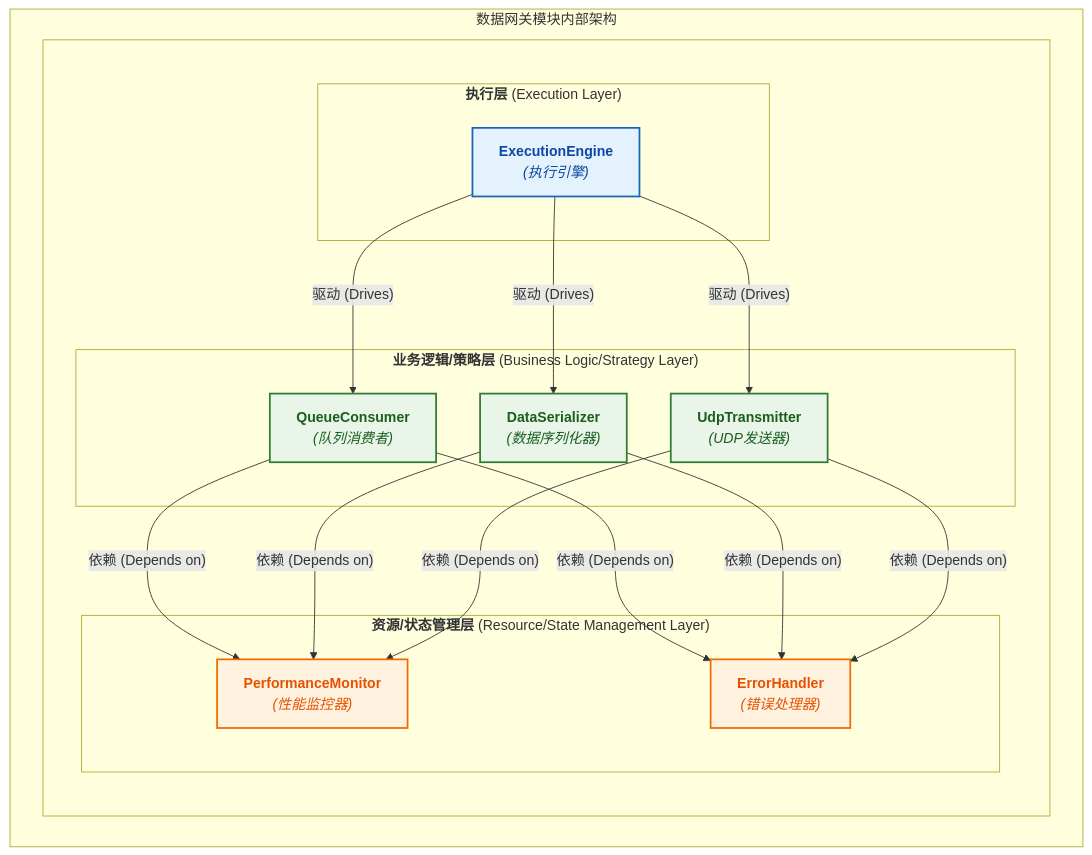
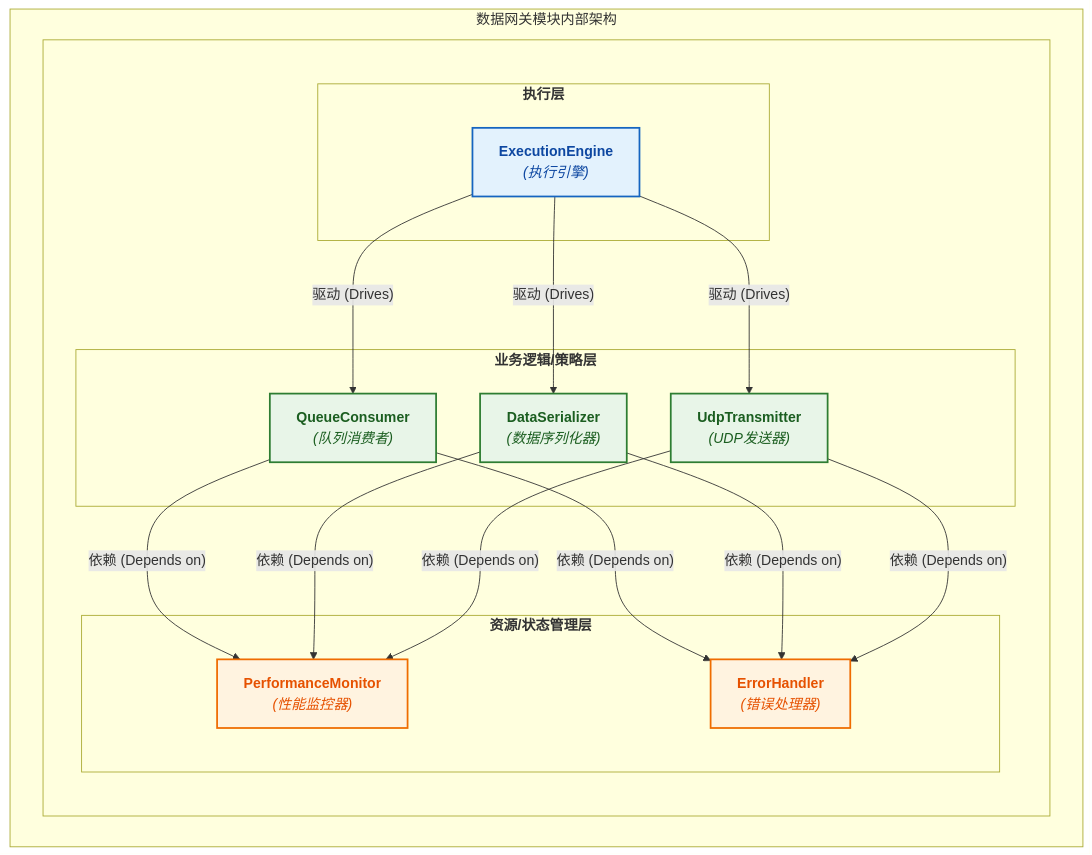
One commit to wendizhou99-cell/Radar changed the second of 5 diagrams in docs/01_项目设计/02_模块设计/04_数据网关模块设计.md. Above: the diagram before and after it, drawn with Mermaid. The commit also changed other lines of this file and 8 other files, not shown here.

````diff
--- a/docs/01_项目设计/02_模块设计/04_数据网关模块设计.md
+++ b/docs/01_项目设计/02_模块设计/04_数据网关模块设计.md
@@ -159,46 +162,46 @@
 ```mermaid
 graph TD
     subgraph "数据网关模块内部架构"
         direction LR
 
         subgraph " "
             %% Layers
-            subgraph "<b>执行层</b> (Execution Layer)"
+            subgraph "<b>执行层</b>"
                 EE["<b>ExecutionEngine</b><br/><i>(执行引擎)</i>"]
             end
 
-            subgraph "<b>业务逻辑/策略层</b> (Business Logic/Strategy Layer)"
+            subgraph "<b>业务逻辑/策略层</b>"
                 QC["<b>QueueConsumer</b><br/><i>(队列消费者)</i>"]
                 DS["<b>DataSerializer</b><br/><i>(数据序列化器)</i>"]
                 UT["<b>UdpTransmitter</b><br/><i>(UDP发送器)</i>"]
             end
 
-            subgraph "<b>资源/状态管理层</b> (Resource/State Management Layer)"
+            subgraph "<b>资源/状态管理层</b>"
                 PM["<b>PerformanceMonitor</b><br/><i>(性能监控器)</i>"]
                 EH["<b>ErrorHandler</b><br/><i>(错误处理器)</i>"]
             end
         end
     end
 
     %% Dependencies
     EE -- "驱动 (Drives)" --> QC
     EE -- "驱动 (Drives)" --> DS
     EE -- "驱动 (Drives)" --> UT
 
     QC -- "依赖 (Depends on)" --> PM
     DS -- "依赖 (Depends on)" --> PM
     UT -- "依赖 (Depends on)" --> PM
 
     QC -- "依赖 (Depends on)" --> EH
     DS -- "依赖 (Depends on)" --> EH
     UT -- "依赖 (Depends on)" --> EH
 
     %% Styling
     classDef execution fill:#e3f2fd,stroke:#1565c0,stroke-width:2px,color:#0d47a1,font-family:Arial
     classDef logic fill:#e8f5e8,stroke:#2e7d32,stroke-width:2px,color:#1b5e20,font-family:Arial
     classDef resource fill:#fff3e0,stroke:#ef6c00,stroke-width:2px,color:#e65100,font-family:Arial
 
     class EE execution
     class QC,DS,UT logic
     class PM,EH resource
 ```
````
